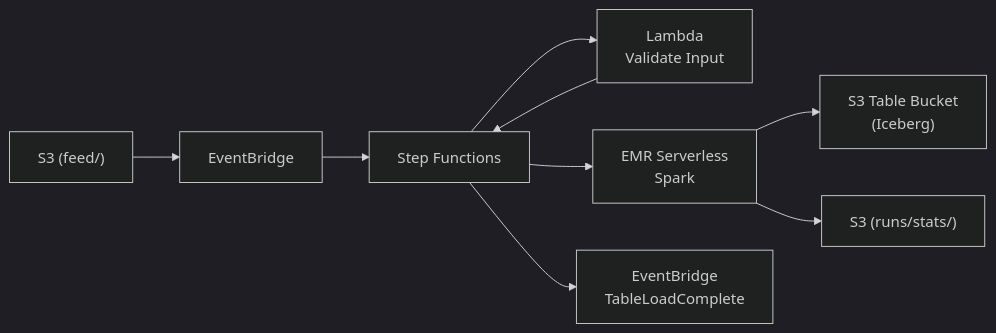
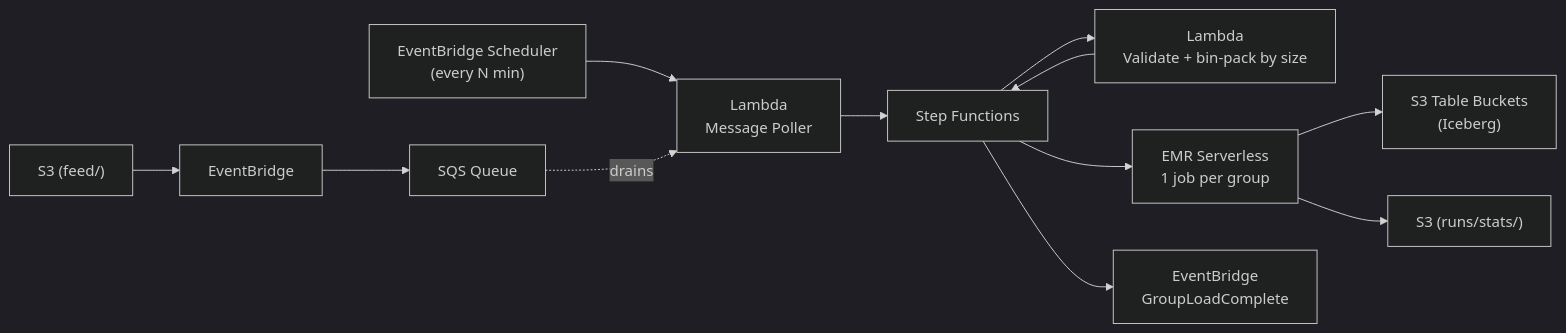
The diagram in README.md (jabrennem/serverless-etl-s3-tables), drawn with Mermaid (dark theme) before and after one commit. The commit also changed other lines of this file and 12 other files, not shown here.

Commit message:
Add SQS queue, event bridge scheduler, and file batching.

````diff
--- a/README.md
+++ b/README.md
@@ -7,11 +55,14 @@
 ```mermaid
 flowchart LR
     S3["S3 (feed/)"] --> EB[EventBridge]
-    EB --> SFN[Step Functions]
-    SFN --> Lambda[Lambda\nValidate Input]
+    EB --> SQS[SQS Queue]
+    Sched["EventBridge Scheduler<br/>(every N min)"] --> Poller["Lambda<br/>Message Poller"]
+    SQS -. drains .-> Poller
+    Poller --> SFN[Step Functions]
+    SFN --> Lambda["Lambda<br/>Validate + bin-pack by size"]
     Lambda --> SFN
-    SFN --> EMR[EMR Serverless\nSpark]
-    EMR --> Iceberg["S3 Table Bucket\n(Iceberg)"]
+    SFN --> EMR["EMR Serverless<br/>1 job per group"]
+    EMR --> Iceberg["S3 Table Buckets<br/>(Iceberg)"]
     EMR --> Stats["S3 (runs/stats/)"]
-    SFN --> Event[EventBridge\nTableLoadComplete]
+    SFN --> Event["EventBridge<br/>GroupLoadComplete"]
 ```
````
